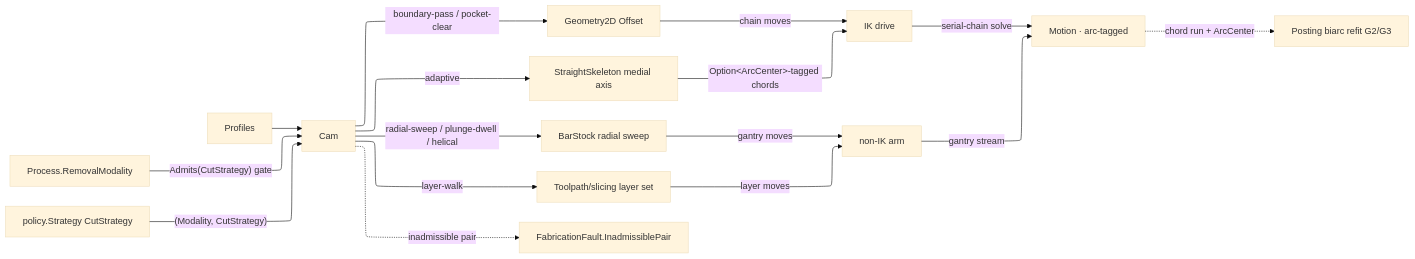
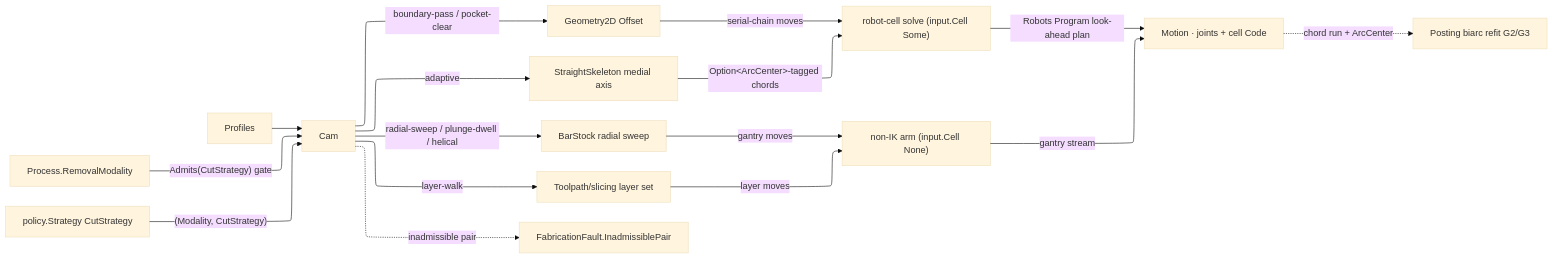
Before and after one commit to bsamiee/Rasm: the diagram in libs/csharp/Rasm.Fabrication/.planning/Toolpath/motion.md, drawn with Mermaid. The commit also changed other lines of this file and 156 other files, not shown here.

````diff
--- a/libs/csharp/Rasm.Fabrication/.planning/Toolpath/motion.md
+++ b/libs/csharp/Rasm.Fabrication/.planning/Toolpath/motion.md
@@ -147,23 +144,23 @@
 ```mermaid
 ---
 config:
   layout: elk
   theme: base
 ---
 flowchart LR
     Process["Process.RemovalModality"] -->|"Admits(CutStrategy) gate"| Cam["Cam"]
     Policy["policy.Strategy CutStrategy"] -->|"(Modality, CutStrategy)"| Cam
     Profiles["Profiles"] --> Cam
     Cam -->|boundary-pass / pocket-clear| Offset["Geometry2D Offset"]
     Cam -->|adaptive| Skeleton["StraightSkeleton medial axis"]
     Cam -->|radial-sweep / plunge-dwell / helical| Radial["BarStock radial sweep"]
     Cam -->|layer-walk| Slice["Toolpath/slicing layer set"]
     Cam -.->|inadmissible pair| Fault["FabricationFault.InadmissiblePair"]
-    Skeleton -->|Option&lt;ArcCenter&gt;-tagged chords| Drive["IK drive"]
-    Offset -->|chain moves| Drive
-    Radial -->|gantry moves| Direct["non-IK arm"]
+    Skeleton -->|Option&lt;ArcCenter&gt;-tagged chords| Drive["robot-cell solve (input.Cell Some)"]
+    Offset -->|serial-chain moves| Drive
+    Radial -->|gantry moves| Direct["non-IK arm (input.Cell None)"]
     Slice -->|layer moves| Direct
-    Drive -->|serial-chain solve| Motion["Motion · arc-tagged"]
+    Drive -->|Robots Program look-ahead plan| Motion["Motion · joints + cell Code"]
     Direct -->|gantry stream| Motion
     Motion -.->|chord run + ArcCenter| Biarc["Posting biarc refit G2/G3"]
 ```
````
